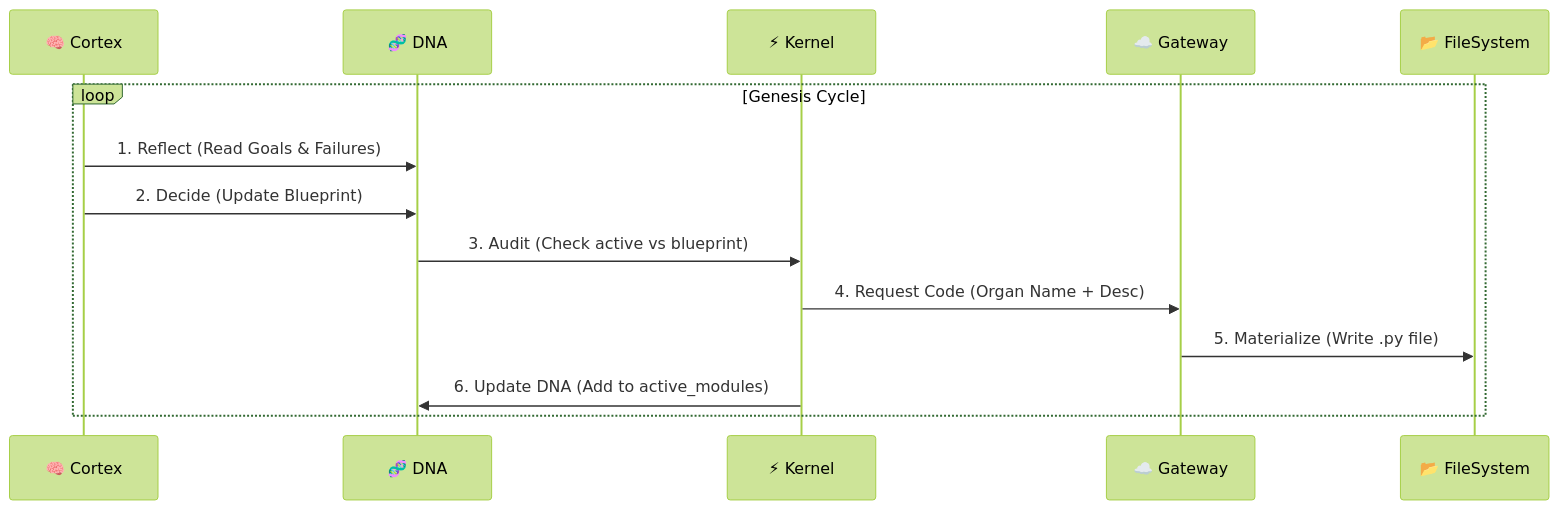
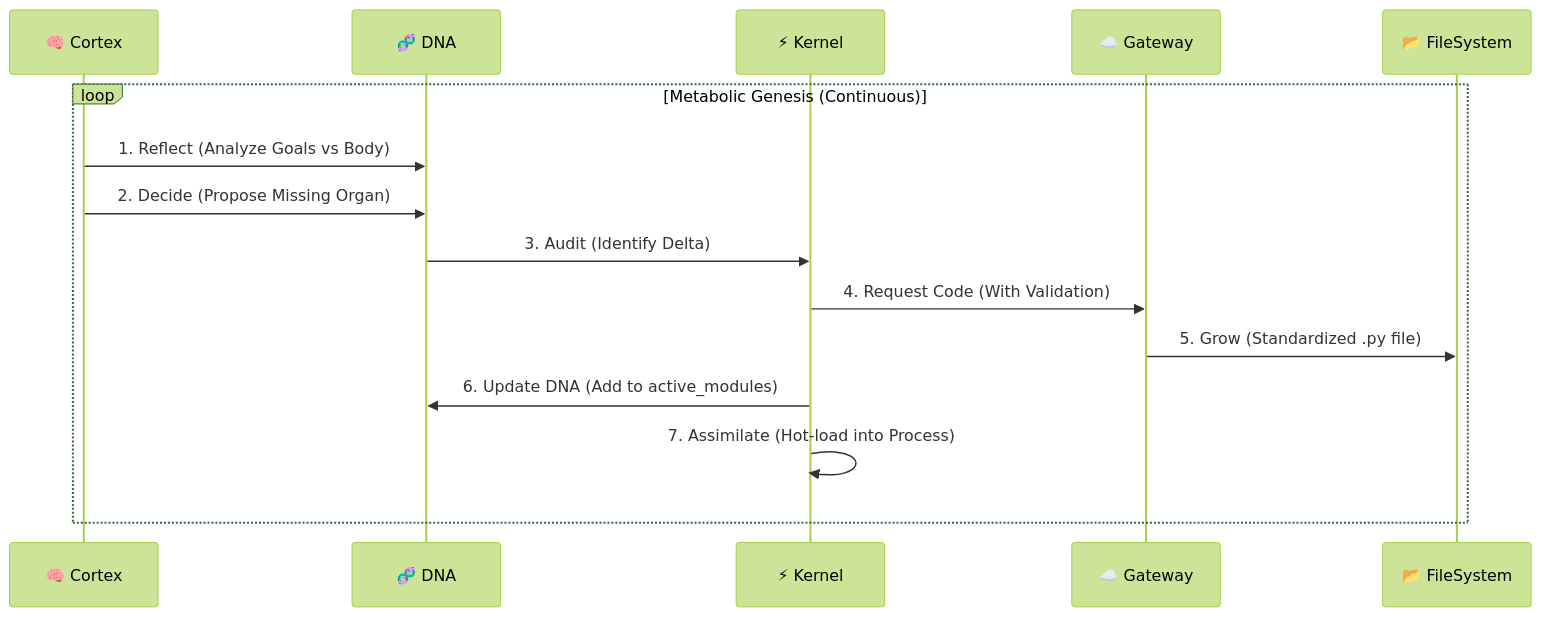
The diagram in docs/DESIGN.md (nranjan2code/sutraworks-SEAAM), drawn with Mermaid (forest theme) before and after one commit. The commit also changed other lines of this file and 2 other files, not shown here.

Commit message:
Docs: Update system documentation with Metabolic Evolution, Organ Viability, and Self-Correction details

````diff
--- a/docs/DESIGN.md
+++ b/docs/DESIGN.md
@@ -7,17 +7,18 @@
 ```mermaid
 sequenceDiagram
     participant Architect as 🧠 Cortex
     participant DNA as 🧬 DNA
     participant Genesis as ⚡ Kernel
     participant Gateway as ☁️ Gateway
     participant FileSys as 📂 FileSystem
 
-    loop Genesis Cycle
-        Architect->>DNA: 1. Reflect (Read Goals & Failures)
-        Architect->>DNA: 2. Decide (Update Blueprint)
-        DNA->>Genesis: 3. Audit (Check active vs blueprint)
-        Genesis->>Gateway: 4. Request Code (Organ Name + Desc)
-        Gateway->>FileSys: 5. Materialize (Write .py file)
+    loop Metabolic Genesis (Continuous)
+        Architect->>DNA: 1. Reflect (Analyze Goals vs Body)
+        Architect->>DNA: 2. Decide (Propose Missing Organ)
+        DNA->>Genesis: 3. Audit (Identify Delta)
+        Genesis->>Gateway: 4. Request Code (With Validation)
+        Gateway->>FileSys: 5. Grow (Standardized .py file)
         Genesis->>DNA: 6. Update DNA (Add to active_modules)
+        Genesis->>Genesis: 7. Assimilate (Hot-load into Process)
     end
 ```
````
